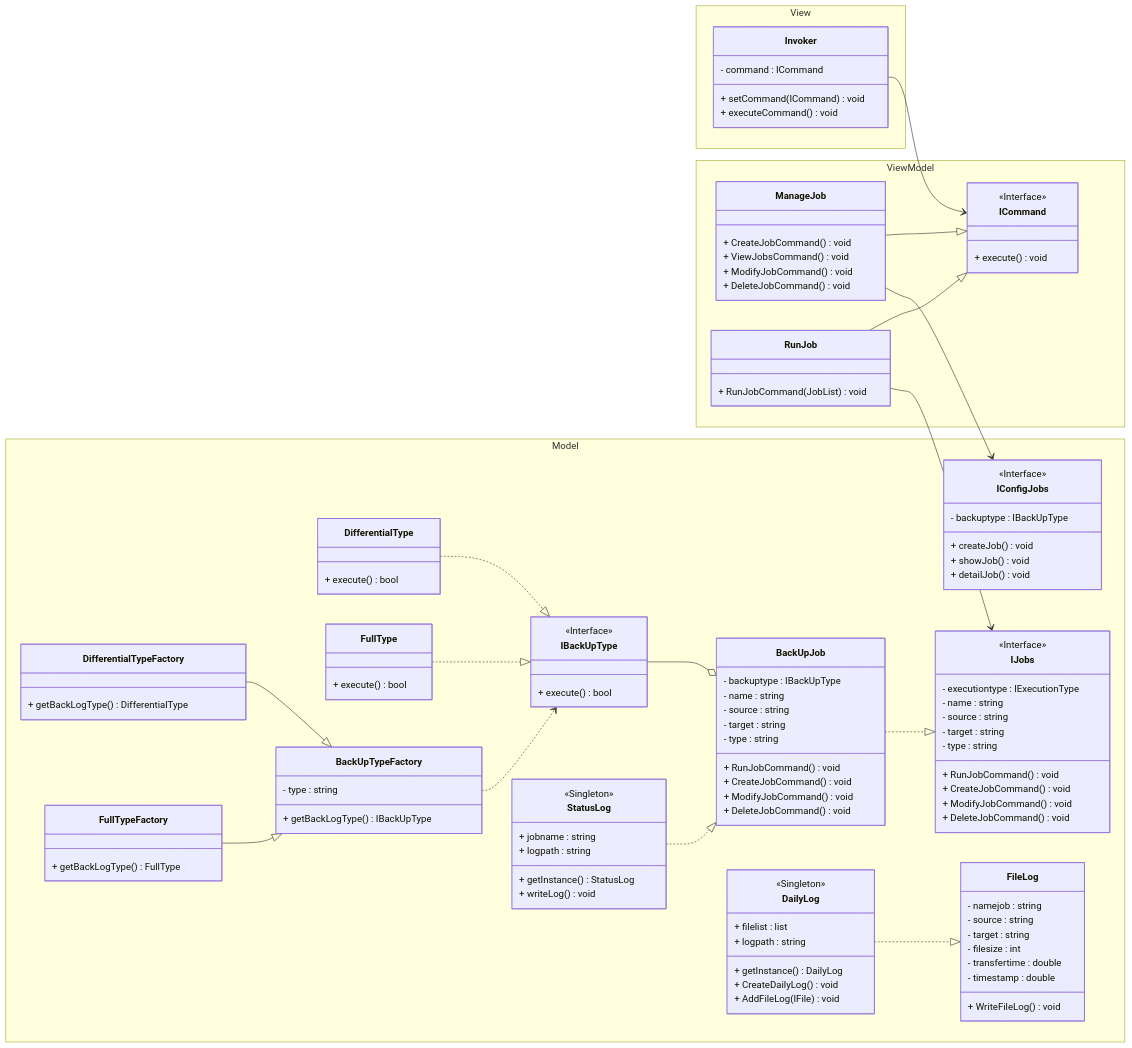
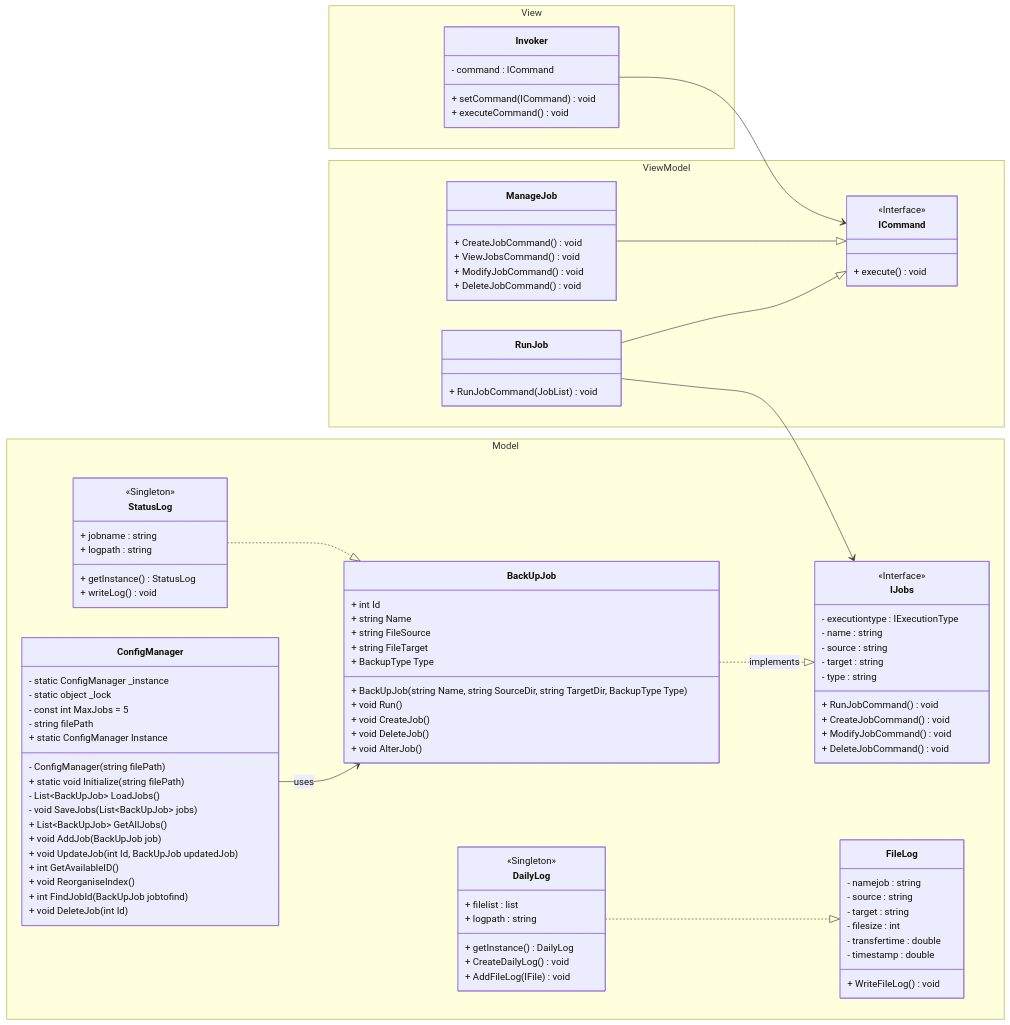
The diagram in UML/class-diagram.mmd (jgallern/EasySave), drawn with Mermaid before and after one commit.

```diff
--- a/UML/class-diagram.mmd
+++ b/UML/class-diagram.mmd
@@ -1,143 +1,119 @@
 classDiagram
 direction LR
 
 namespace View{
     class Invoker{
         - command : ICommand
         + setCommand(ICommand) void
         + executeCommand() void
     }
 }
 
 namespace ViewModel{
 
     class ManageJob{
         + CreateJobCommand() void
         + ViewJobsCommand() void
         + ModifyJobCommand() void
         + DeleteJobCommand() void
     }
 
     class ICommand{
         + execute() void
     }
 
     class RunJob{
         + RunJobCommand(JobList) void
     }
 }
 
 <<Interface>> ICommand
 
 Invoker --> ICommand
 
 ManageJob --|> ICommand
 RunJob --|> ICommand
 
 namespace Model{
     class IJobs{
         - executiontype : IExecutionType
         - name : string
         - source : string
         - target : string
         - type : string
         + RunJobCommand() void
         + CreateJobCommand() void
         + ModifyJobCommand() void
         + DeleteJobCommand() void
     }
 
-    class BackUpJob{
-        - backuptype : IBackUpType
-        - name : string
-        - source : string
-        - target : string
-        - type : string
-        + RunJobCommand() void
-        + CreateJobCommand() void
-        + ModifyJobCommand() void
-        + DeleteJobCommand() void
-
-    }
-
-    class IBackUpType{
-        + execute() bool
-    }
-
-    class DifferentialType{
-        + execute() bool
-    }
-
-    class FullType{
-        + execute() bool
-    }
-
-    class BackUpTypeFactory {
-        - type : string
-        + getBackLogType() IBackUpType
-    }
-
-    class DifferentialTypeFactory{
-        + getBackLogType() DifferentialType
-    }
-    
-    class FullTypeFactory{
-        + getBackLogType() FullType
+    class BackUpJob {
+        + int Id
+        + string Name
+        + string FileSource
+        + string FileTarget
+        + BackupType Type
+        + BackUpJob(string Name, string SourceDir, string TargetDir, BackupType Type)
+        + void Run()
+        + void CreateJob()
+        + void DeleteJob()
+        + void AlterJob()
     }
 
     class StatusLog{
         + jobname : string
         + logpath : string
         + getInstance() StatusLog
         + writeLog() void
     }
 
     class DailyLog{
         + filelist : list<IFile>
         + logpath : string
         + getInstance() DailyLog
         + CreateDailyLog() void
         + AddFileLog(IFile) void
     }
 
     class FileLog{
         - namejob : string
         - source : string
         - target : string
         - filesize : int
         - transfertime : double
         - timestamp : double
         + WriteFileLog() void
     }
-    
-    class IConfigJobs {
-        - backuptype : IBackUpType
-        + createJob() void
-        + showJob() void
-        + detailJob() void
+
+class ConfigManager {
+        - static ConfigManager _instance
+        - static object _lock
+        - const int MaxJobs = 5
+        - string filePath
+        - ConfigManager(string filePath)
+        + static ConfigManager Instance
+        + static void Initialize(string filePath)
+        - List~BackUpJob~ LoadJobs()
+        - void SaveJobs(List~BackUpJob~ jobs)
+        + List~BackUpJob~ GetAllJobs()
+        + void AddJob(BackUpJob job)
+        + void UpdateJob(int Id, BackUpJob updatedJob)
+        + int GetAvailableID()
+        + void ReorganiseIndex()
+        + int FindJobId(BackUpJob jobtofind)
+        + void DeleteJob(int Id)
     }
 }
 
 <<Interface>> IJobs
-<<Interface>> IBackUpType
-<<Interface>> IConfigJobs
 <<Singleton>> StatusLog
 <<Singleton>> DailyLog
 
-
-
 RunJob --> IJobs
-ManageJob --> IConfigJobs
-BackUpJob ..|> IJobs
-
-IBackUpType --o BackUpJob
-DifferentialType ..|> IBackUpType
-FullType ..|> IBackUpType
-
-DifferentialTypeFactory --|> BackUpTypeFactory
-FullTypeFactory --|> BackUpTypeFactory
-BackUpTypeFactory ..> IBackUpType
 
 StatusLog ..|> BackUpJob
 
 DailyLog ..|> FileLog
+
+ConfigManager --> BackUpJob : uses
+BackUpJob ..|> IJobs : implements
```
